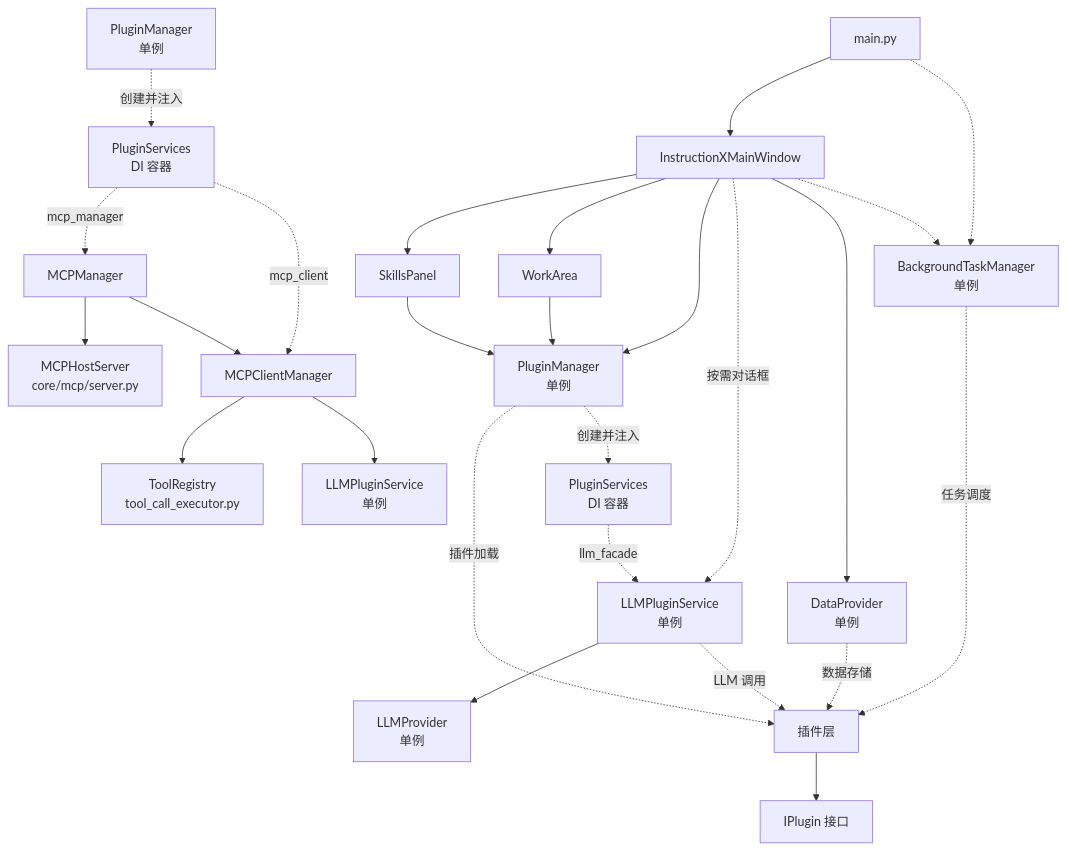
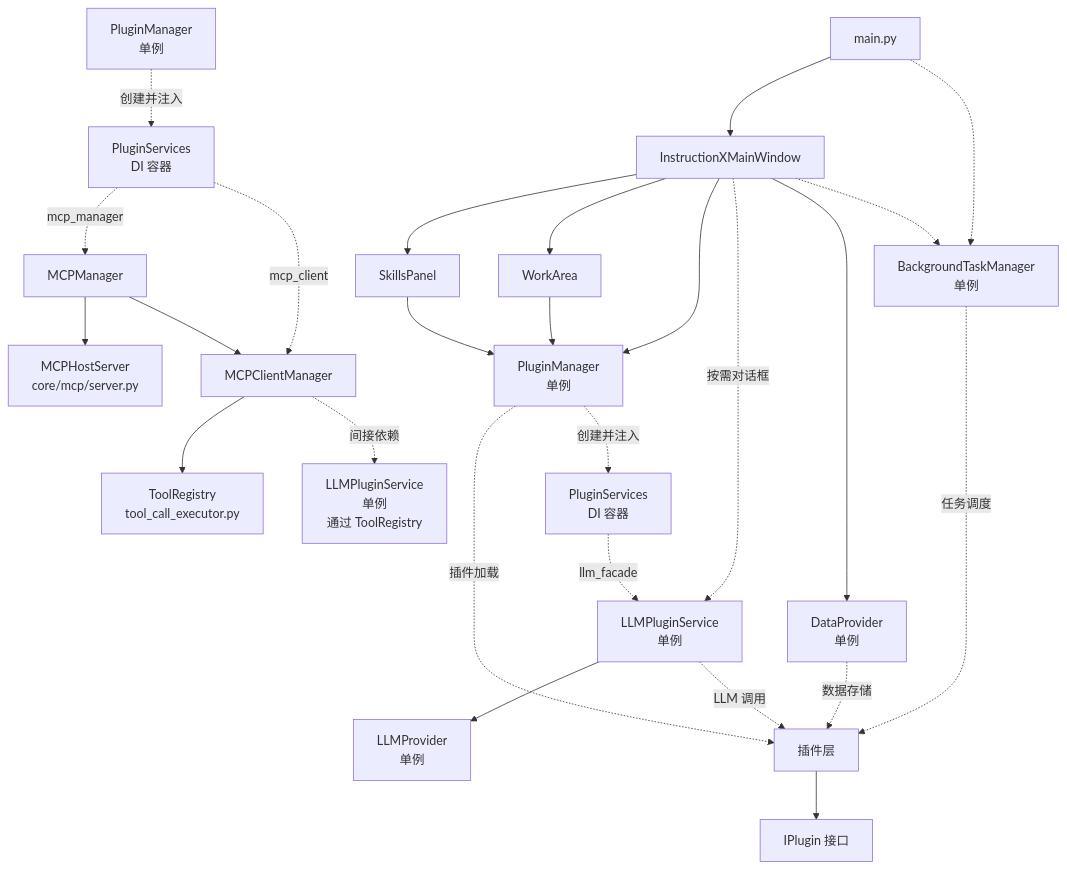
One commit to KKPIP-Tech/InstructionX changed the fifth of 5 diagrams in docs/architecture/module-dependencies.md. Above: the diagram before and after it, drawn with Mermaid. The commit also changed other lines of this file and 2 other files, not shown here.

First line of the commit message:
docs(architecture): 优化架构文档

````diff
--- a/docs/architecture/module-dependencies.md
+++ b/docs/architecture/module-dependencies.md
@@ -348,32 +349,32 @@
 ```mermaid
 graph TD
     MAIN[main.py] --> MW[InstructionXMainWindow]
     MAIN[main.py] -.-> BTM[BackgroundTaskManager<br/>单例]
 
     MW --> SP[SkillsPanel]
     MW --> WA[WorkArea]
     MW --> PM[PluginManager<br/>单例]
     MW -.->|按需对话框| LLMS[LLMPluginService<br/>单例]
     MW --> DP[DataProvider<br/>单例]
     MW -.-> BTM
 
     SP --> PM
     WA --> PM
 
     PM -.->|插件加载| PL[插件层]
     PM -.->|创建并注入| PS[PluginServices<br/>DI 容器]
     PS -.->|llm_facade| LLMS
     DP -.->|数据存储| PL
     BTM -.->|任务调度| PL
     LLMS --> LLP[LLMProvider<br/>单例]
     LLMS -.->|LLM 调用| PL
 
     PL --> IPlugin[IPlugin 接口]
     MCPM[MCPManager<br/>core/mcp/manager.py<br/>单例] --> MCPH[MCPHostServer<br/>core/mcp/server.py]
     MCPM[MCPManager] --> MCPC[MCPClientManager<br/>core/mcp/client.py]
     MCPC[MCPClientManager] --> TR[ToolRegistry<br/>tool_call_executor.py]
-    MCPC[MCPClientManager] --> LLMS2[LLMPluginService<br/>单例]
+    MCPC -.->|间接依赖| LLMS2[LLMPluginService<br/>单例<br/>通过 ToolRegistry]
     PM2[PluginManager<br/>单例] -.->|创建并注入| PS2[PluginServices<br/>DI 容器]
     PS2 -.->|"mcp_manager"| MCPM
     PS2 -.->|"mcp_client"| MCPC
 ```
````
